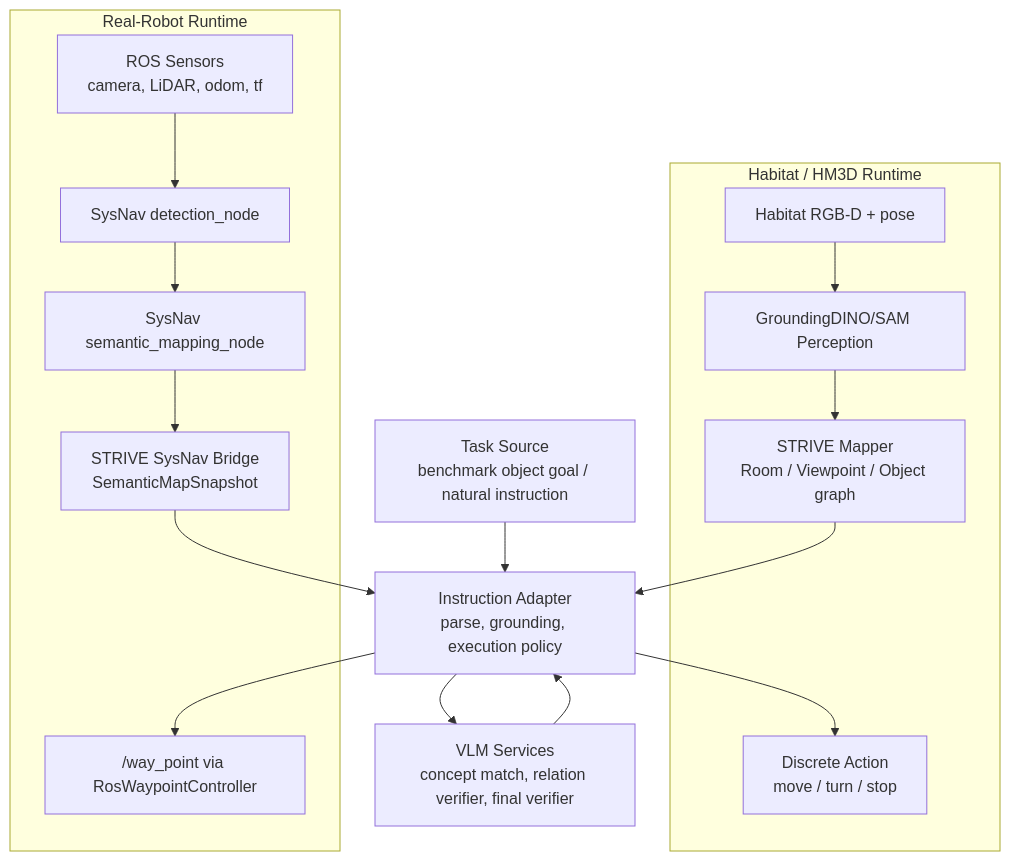
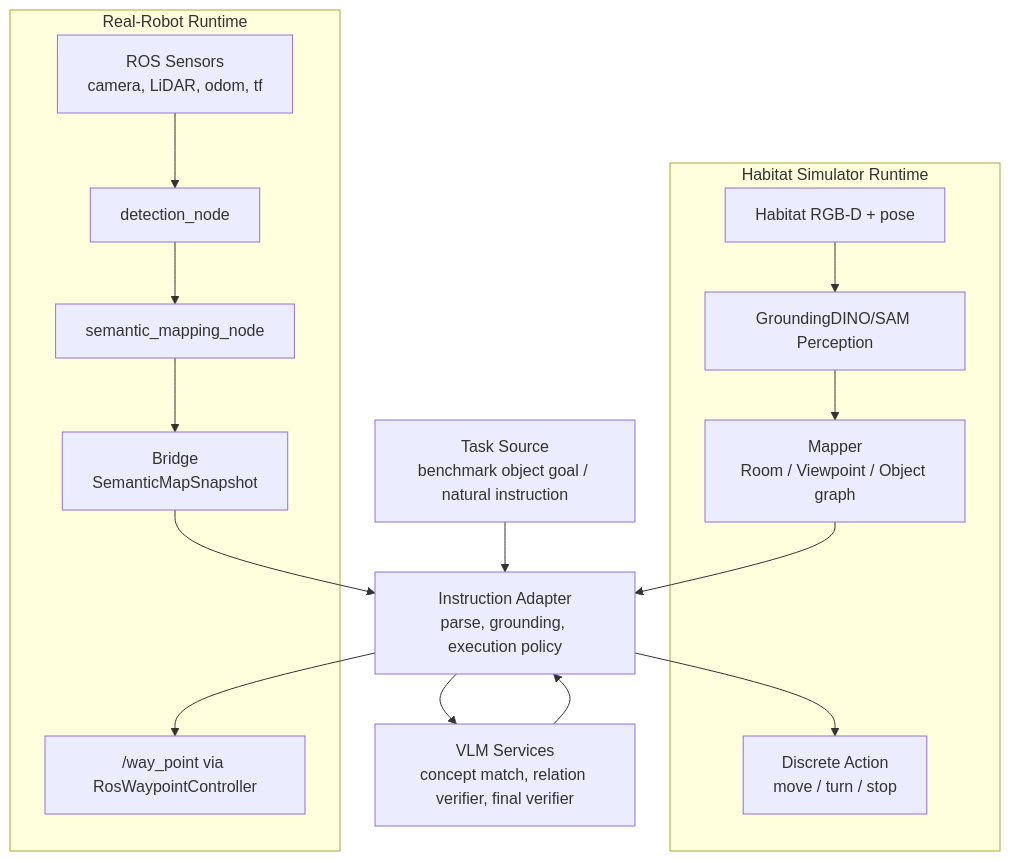
The first of 5 diagrams in docs/project_technical_whitepaper.md (Suhao07/HuaWeiNav), drawn with Mermaid before and after one commit. The commit also changed other lines of this file and 1 other file, not shown here.

````diff
--- a/docs/project_technical_whitepaper.md
+++ b/docs/project_technical_whitepaper.md
@@ -141,29 +141,29 @@
 ```mermaid
 flowchart TB
   Task[Task Source\nbenchmark object goal / natural instruction]
   IA[Instruction Adapter\nparse, grounding, execution policy]
   VLM[VLM Services\nconcept match, relation verifier, final verifier]
 
-  subgraph Sim[Habitat / HM3D Runtime]
+  subgraph Sim[Habitat Simulator Runtime]
     HObs[Habitat RGB-D + pose]
     HDet[GroundingDINO/SAM Perception]
-    HMap[STRIVE Mapper\nRoom / Viewpoint / Object graph]
+    HMap[Mapper\nRoom / Viewpoint / Object graph]
     HAct[Discrete Action\nmove / turn / stop]
   end
 
   subgraph Real[Real-Robot Runtime]
     RObs[ROS Sensors\ncamera, LiDAR, odom, tf]
-    SDet[SysNav detection_node]
-    SMap[SysNav semantic_mapping_node]
-    Bridge[STRIVE SysNav Bridge\nSemanticMapSnapshot]
+    SDet[detection_node]
+    SMap[semantic_mapping_node]
+    Bridge[Bridge\nSemanticMapSnapshot]
     Waypoint["/way_point via RosWaypointController"]
   end
 
   Task --> IA
   IA --> VLM
   HObs --> HDet --> HMap --> IA
   IA --> HAct
   RObs --> SDet --> SMap --> Bridge --> IA
   IA --> Waypoint
   VLM --> IA
 ```
````
